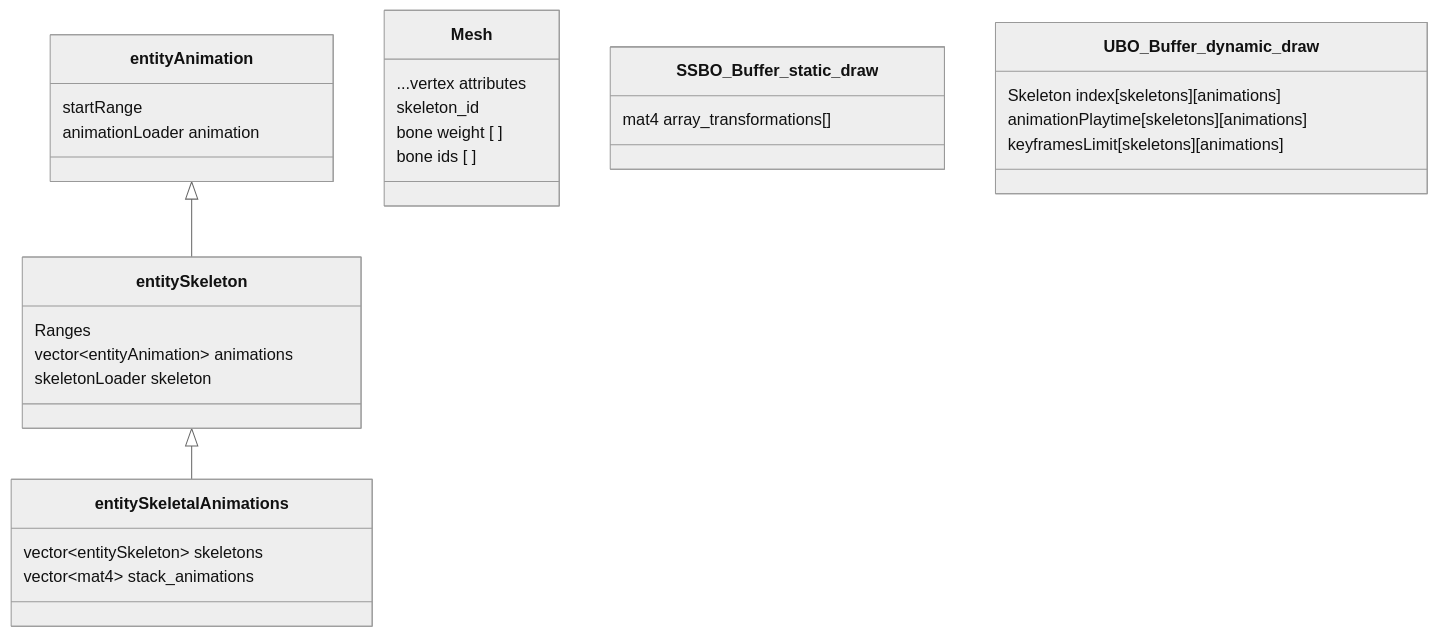
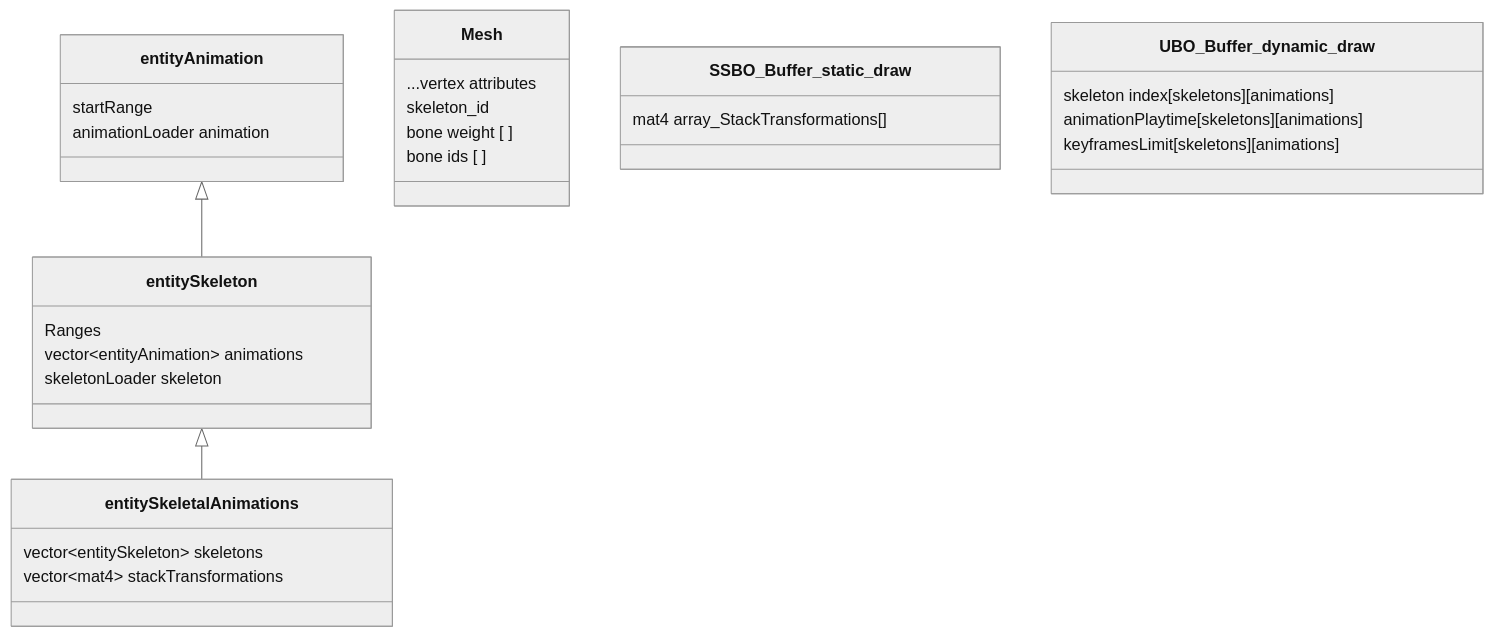
One commit to BraisMarteloLopez/Deus_In_Machina_engine changed the diagram in README.md. Above: the diagram before and after it, drawn with Mermaid (neutral theme).

````diff
--- a/README.md
+++ b/README.md
@@ -44,32 +44,32 @@
 ```mermaid
 classDiagram
     entityAnimation <|-- entitySkeleton
     entitySkeleton <|-- entitySkeletalAnimations
 
     entityAnimation : startRange
     entityAnimation : animationLoader animation
     class entitySkeleton{
       Ranges
       vector#60;entityAnimation#62; animations
       skeletonLoader skeleton
     }
     class entitySkeletalAnimations{
       vector#60;entitySkeleton#62; skeletons
-      vector#60;mat4#62; stack_animations
+      vector#60;mat4#62; stackTransformations
     }
     class Mesh{
       ...vertex attributes
       skeleton_id
       bone weight [ ]
       bone ids [ ]
     }
     class SSBO_Buffer_static_draw{
-      mat4 array_transformations[]
+      mat4 array_StackTransformations[]
       
     }
     class UBO_Buffer_dynamic_draw{
-      Skeleton index[skeletons][animations]
+      skeleton index[skeletons][animations]
       animationPlaytime[skeletons][animations]
       keyframesLimit[skeletons][animations]
     }
 ```
````
